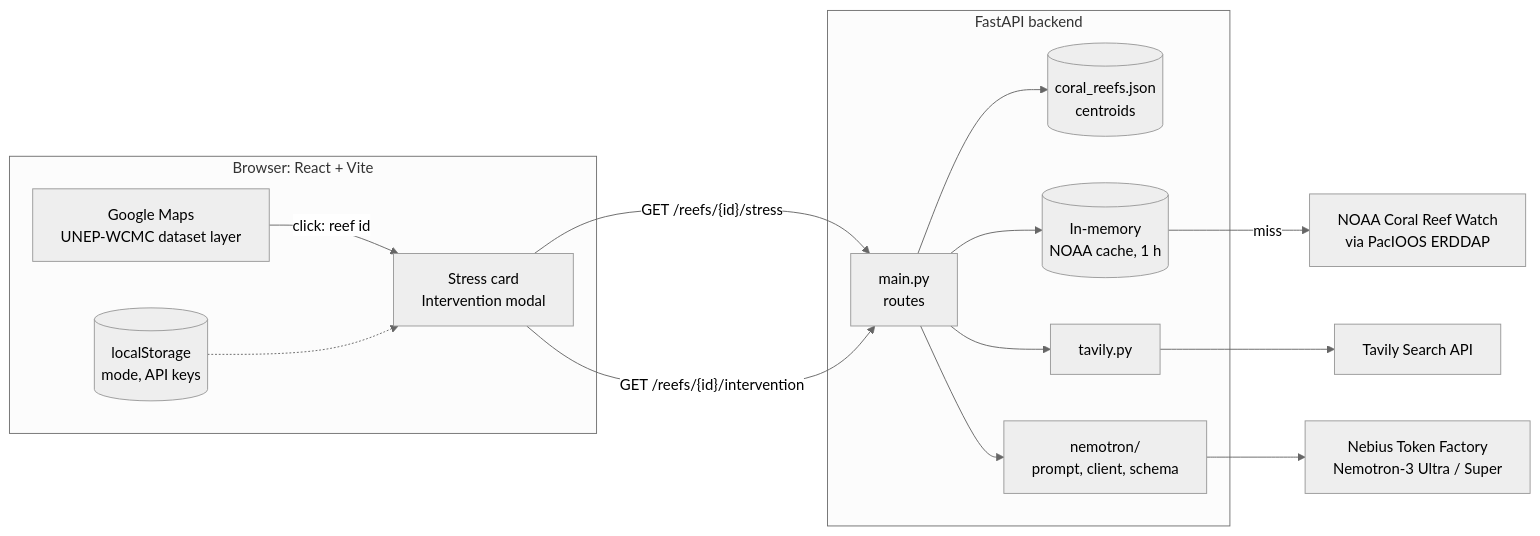
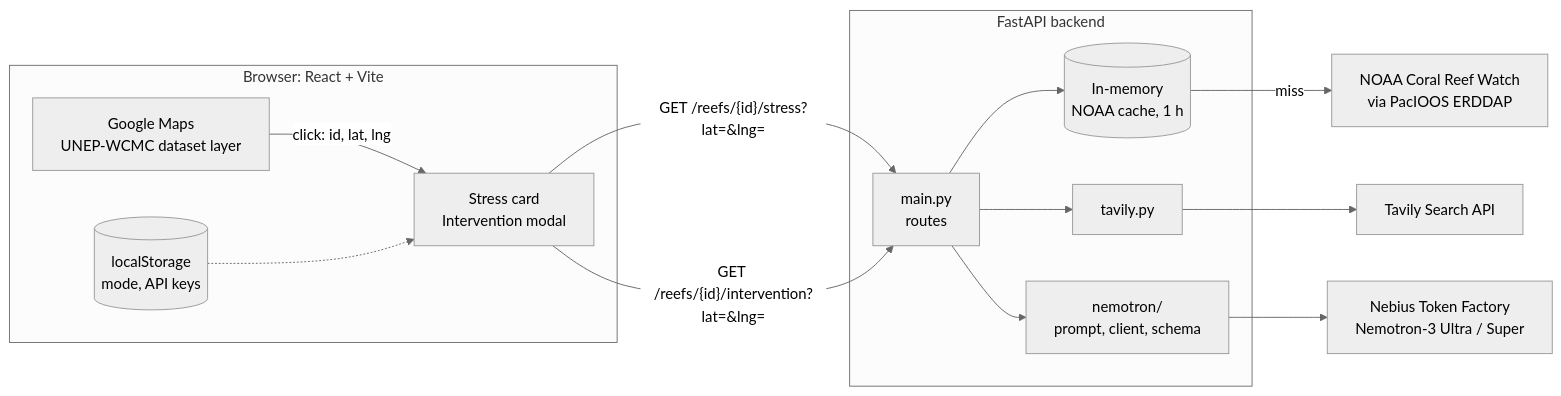
One commit to vero-code/thermoreef changed the first of 2 diagrams in ARCHITECTURE.md. Above: the diagram before and after it, drawn with Mermaid (neutral theme). The commit also changed other lines of this file and 8 other files, not shown here.

````diff
--- a/ARCHITECTURE.md
+++ b/ARCHITECTURE.md
@@ -7,30 +7,28 @@
 ```mermaid
 flowchart LR
     subgraph Browser["Browser: React + Vite"]
         Map["Google Maps<br/>UNEP-WCMC dataset layer"]
         UI["Stress card<br/>Intervention modal"]
         LS[("localStorage<br/>mode, API keys")]
     end
 
     subgraph Backend["FastAPI backend"]
         API["main.py<br/>routes"]
-        Reefs[("coral_reefs.json<br/>centroids")]
         Cache[("In-memory<br/>NOAA cache, 1 h")]
         Tav["tavily.py"]
         Nem["nemotron/<br/>prompt, client, schema"]
     end
 
     NOAA["NOAA Coral Reef Watch<br/>via PacIOOS ERDDAP"]
     TavilyAPI["Tavily Search API"]
     Nebius["Nebius Token Factory<br/>Nemotron-3 Ultra / Super"]
 
-    Map -- "click: reef id" --> UI
+    Map -- "click: id, lat, lng" --> UI
     LS -.-> UI
-    UI -- "GET /reefs/{id}/stress" --> API
-    UI -- "GET /reefs/{id}/intervention" --> API
-    API --> Reefs
+    UI -- "GET /reefs/{id}/stress?lat=&lng=" --> API
+    UI -- "GET /reefs/{id}/intervention?lat=&lng=" --> API
     API --> Cache
     Cache -- "miss" --> NOAA
     API --> Tav --> TavilyAPI
     API --> Nem --> Nebius
 ```
````
